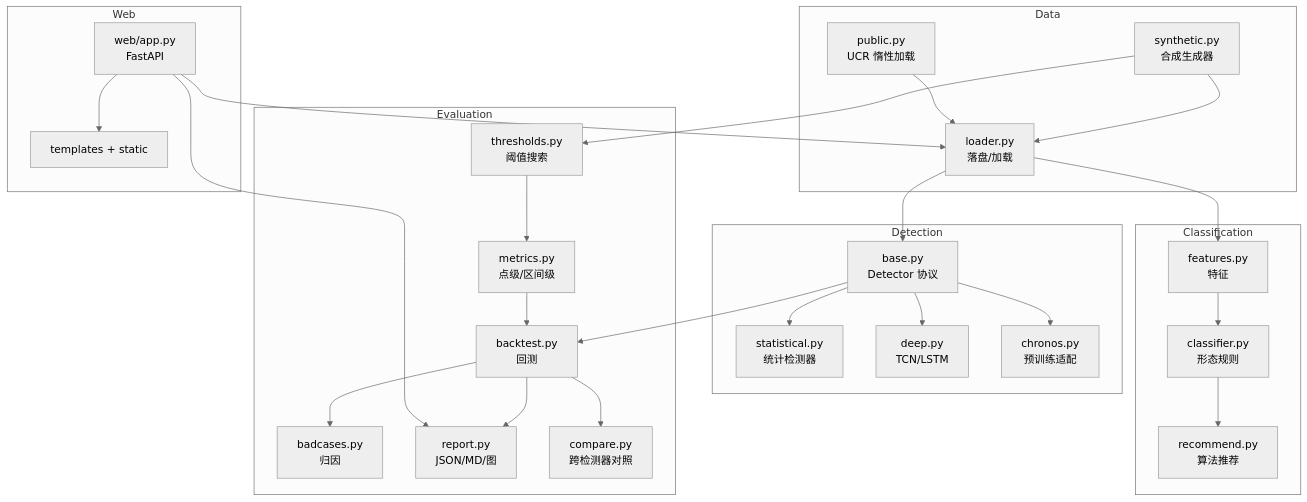
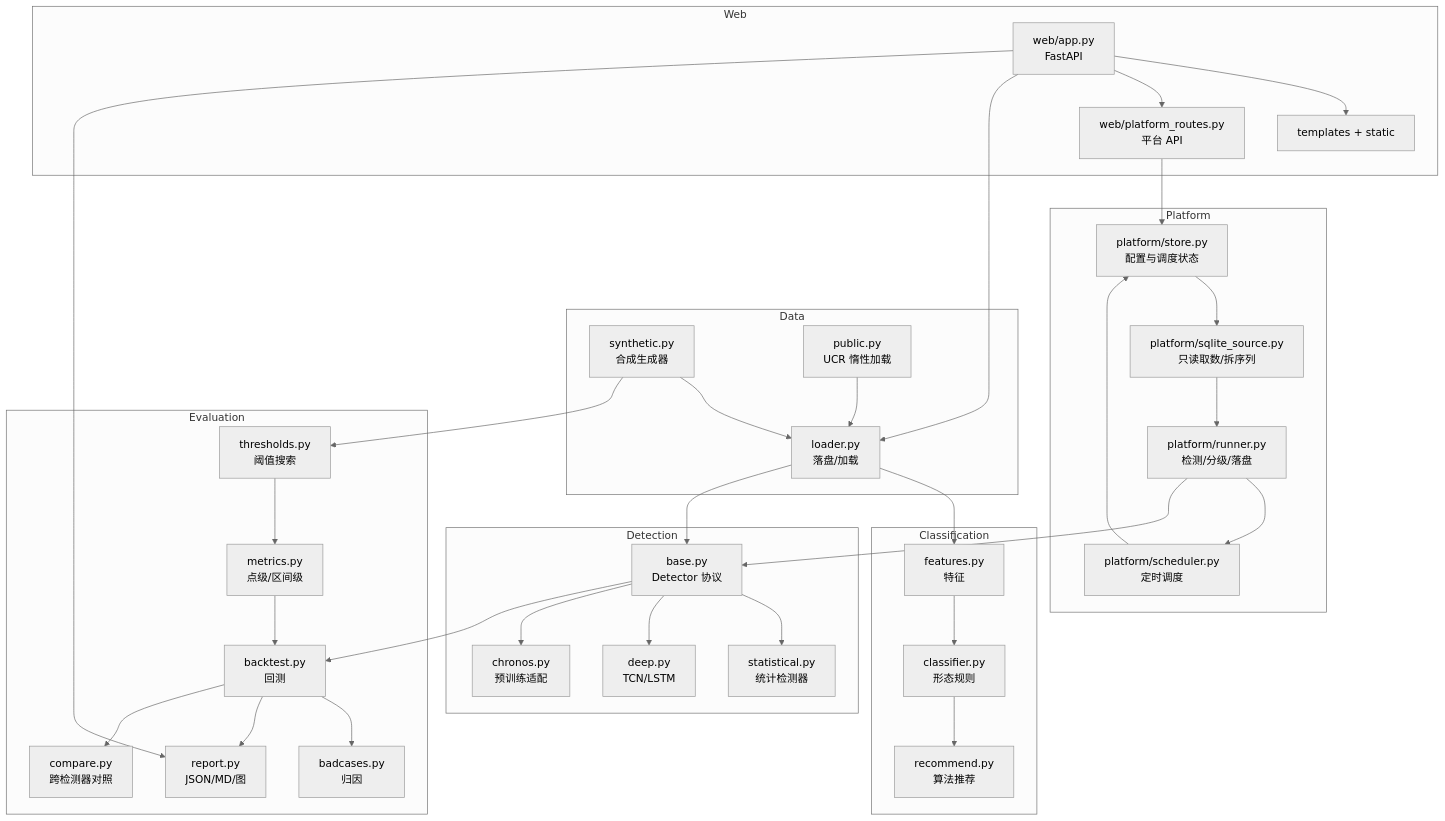
The first of 2 diagrams in docs/ARCHITECTURE.md (RiverWind1024/anomaly-lab), drawn with Mermaid (neutral theme) before and after one commit. The commit also changed other lines of this file and 9 other files, not shown here.

````diff
--- a/docs/ARCHITECTURE.md
+++ b/docs/ARCHITECTURE.md
@@ -5,32 +5,41 @@
 ```mermaid
 flowchart TD
   subgraph Data
     S[synthetic.py<br/>合成生成器] --> L[loader.py<br/>落盘/加载]
     P[public.py<br/>UCR 惰性加载] --> L
   end
   subgraph Classification
     F[features.py<br/>特征] --> C[classifier.py<br/>形态规则]
     C --> R[recommend.py<br/>算法推荐]
   end
   subgraph Detection
     B[base.py<br/>Detector 协议] --> ST[statistical.py<br/>统计检测器]
     B --> D[deep.py<br/>TCN/LSTM]
     B --> CH[chronos.py<br/>预训练适配]
   end
   subgraph Evaluation
     T[thresholds.py<br/>阈值搜索] --> M[metrics.py<br/>点级/区间级]
     M --> BT[backtest.py<br/>回测]
     BT --> BC[badcases.py<br/>归因]
     BT --> RP[report.py<br/>JSON/MD/图]
     BT --> CP[compare.py<br/>跨检测器对照]
   end
   subgraph Web
     W[web/app.py<br/>FastAPI] --> TPL[templates + static]
+    W --> PR[web/platform_routes.py<br/>平台 API]
+  end
+  subgraph Platform
+    PS[platform/store.py<br/>配置与调度状态] --> SRC[platform/sqlite_source.py<br/>只读取数/拆序列]
+    SRC --> RN[platform/runner.py<br/>检测/分级/落盘]
+    RN --> SCH[platform/scheduler.py<br/>定时调度]
+    SCH --> PS
   end
   L --> F
   L --> B
   S --> T
   B --> BT
   W --> L
   W --> RP
+  PR --> PS
+  RN --> B
 ```
````
